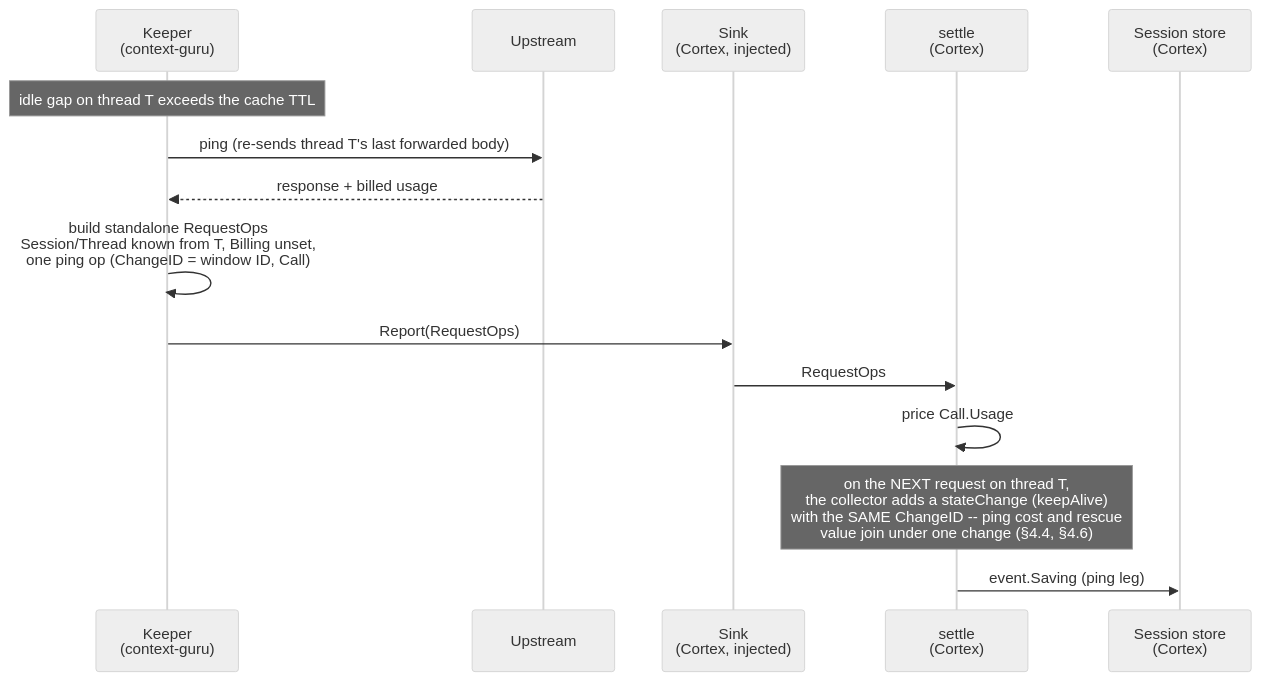
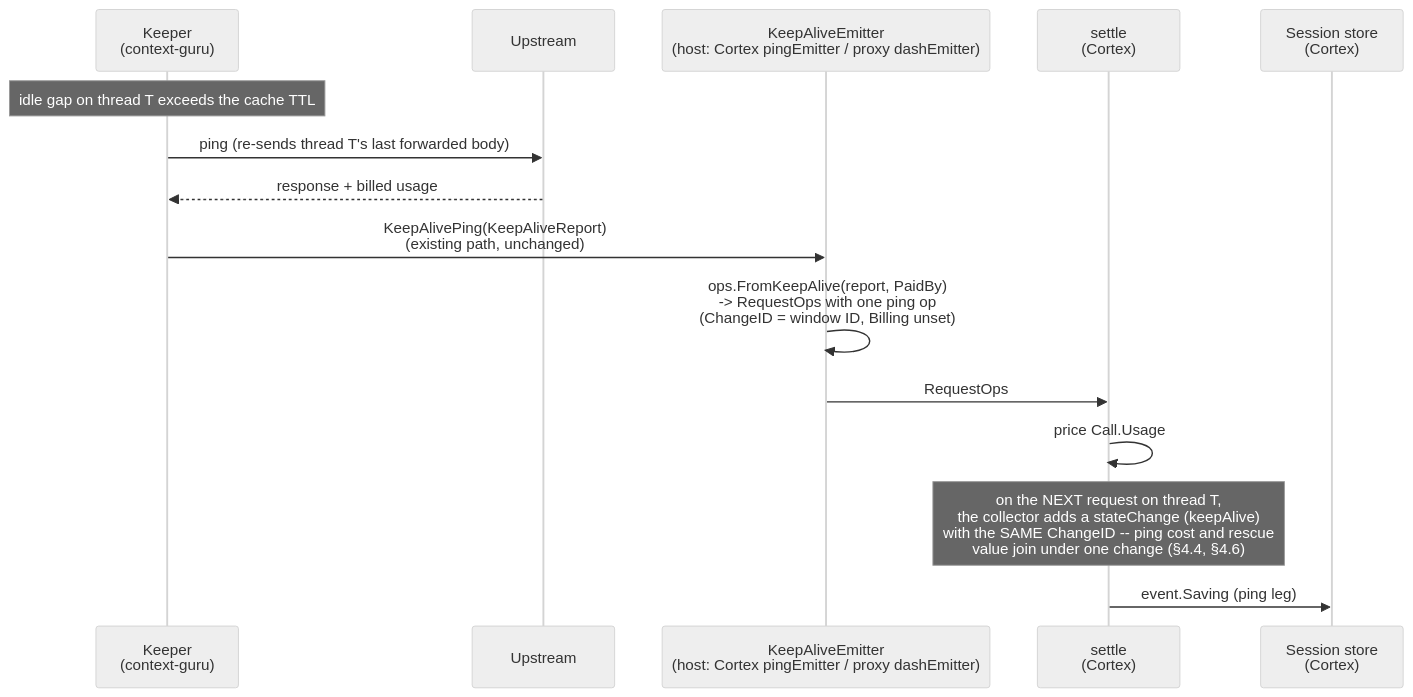
Before and after one commit to rossoctl/context-guru: the third of 3 diagrams in docs/superpowers/specs/2026-10-18-context-operations-design.md, drawn with Mermaid (neutral theme). The commit also changed other lines of this file and 1 other file, not shown here.

````diff
--- a/docs/superpowers/specs/2026-10-18-context-operations-design.md
+++ b/docs/superpowers/specs/2026-10-18-context-operations-design.md
@@ -592,18 +678,18 @@
 ```mermaid
 sequenceDiagram
     participant Keeper as Keeper<br/>(context-guru)
     participant Upstream
-    participant Sink as Sink<br/>(Cortex, injected)
+    participant Emitter as KeepAliveEmitter<br/>(host: Cortex pingEmitter / proxy dashEmitter)
     participant Settle as settle<br/>(Cortex)
     participant Store as Session store<br/>(Cortex)
 
     Note over Keeper: idle gap on thread T exceeds the cache TTL
     Keeper->>Upstream: ping (re-sends thread T's last forwarded body)
     Upstream-->>Keeper: response + billed usage
-    Keeper->>Keeper: build standalone RequestOps<br/>Session/Thread known from T, Billing unset,<br/>one ping op (ChangeID = window ID, Call)
-    Keeper->>Sink: Report(RequestOps)
-    Sink->>Settle: RequestOps
+    Keeper->>Emitter: KeepAlivePing(KeepAliveReport)<br/>(existing path, unchanged)
+    Emitter->>Emitter: ops.FromKeepAlive(report, PaidBy)<br/>-> RequestOps with one ping op<br/>(ChangeID = window ID, Billing unset)
+    Emitter->>Settle: RequestOps
     Settle->>Settle: price Call.Usage
     Note over Settle: on the NEXT request on thread T,<br/>the collector adds a stateChange (keepAlive)<br/>with the SAME ChangeID -- ping cost and rescue<br/>value join under one change (§4.4, §4.6)
     Settle->>Store: event.Saving (ping leg)
 ```
````
